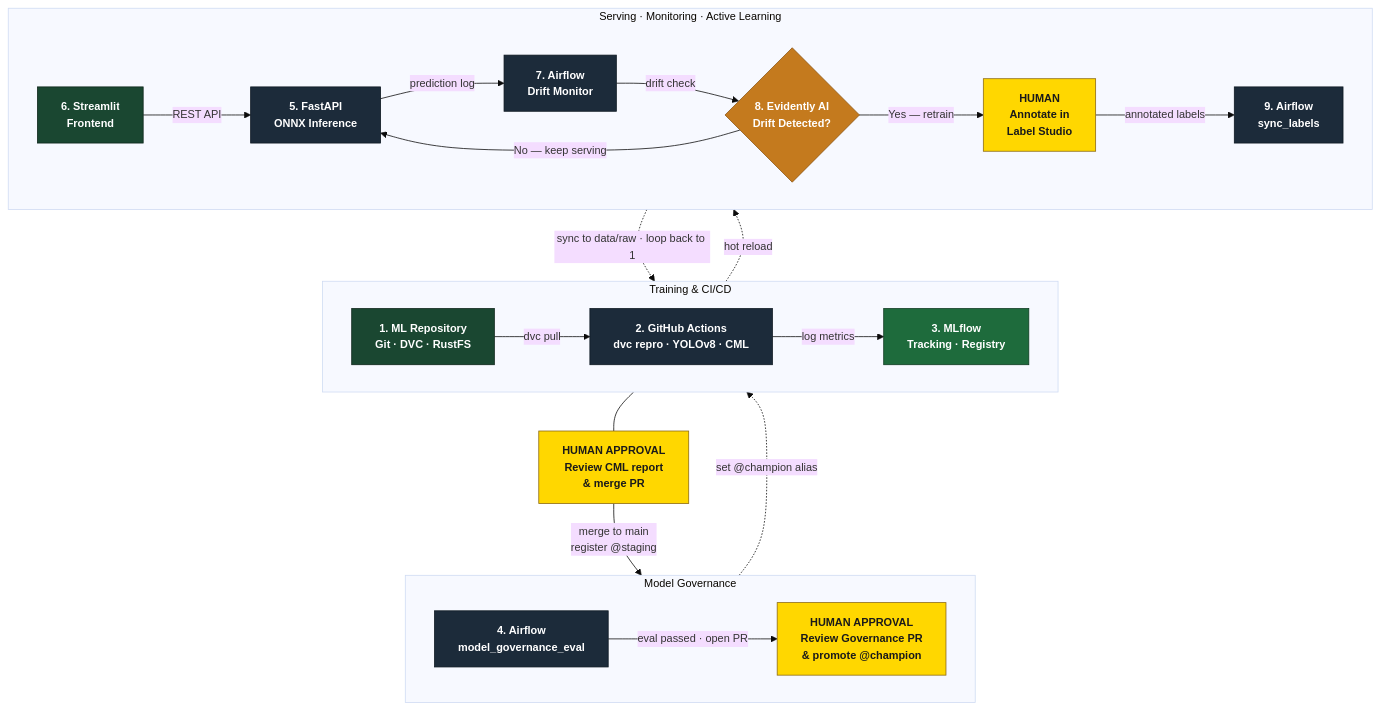
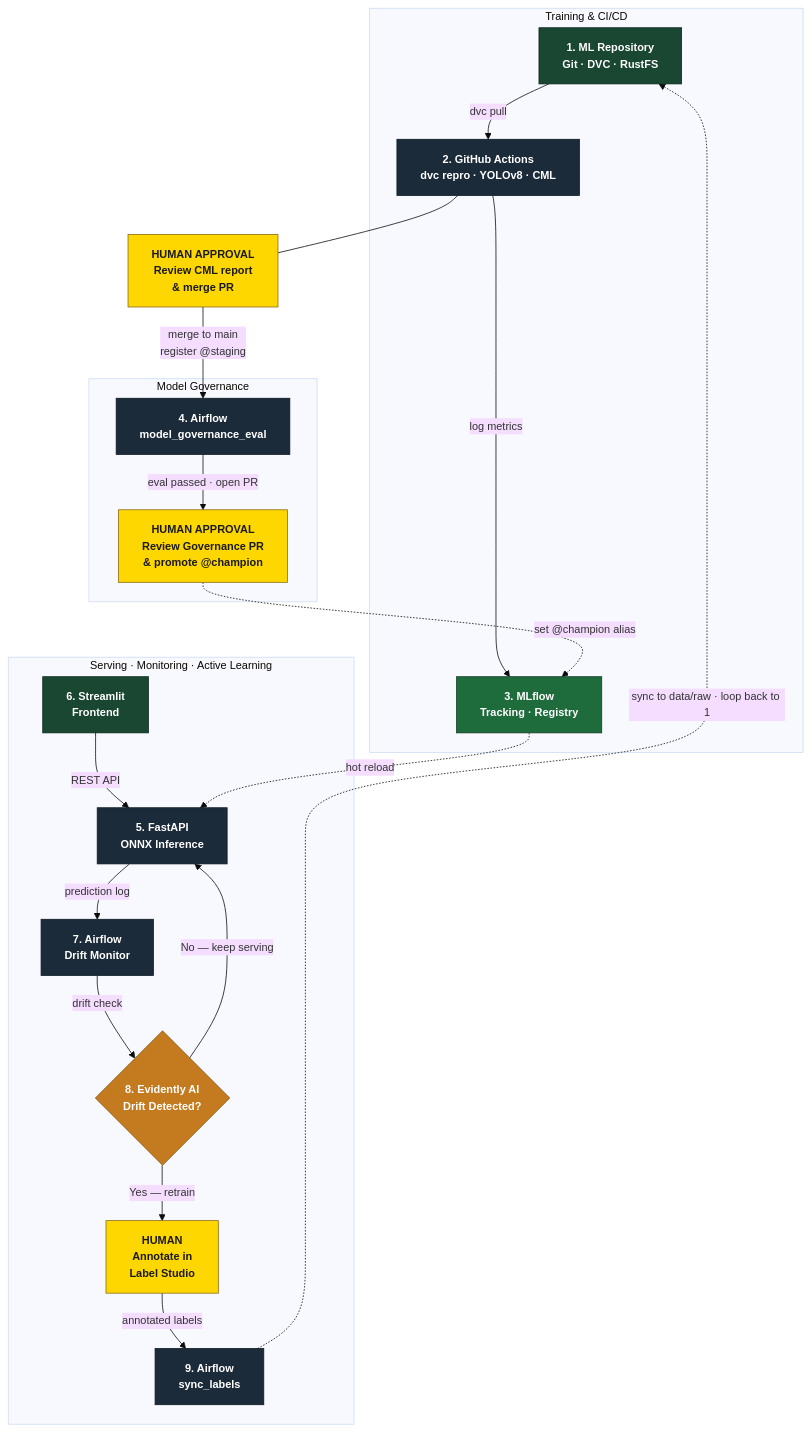
One commit to vkas-chaurasia/pcb-defect-mlops-flywheel changed the diagram in README.md. Above: the diagram before and after it, drawn with Mermaid. The commit also changed 1 other file, not shown here.

Commit message:
fix: remove direction LR from subgraphs to restore cross-subgraph link rendering
GitHub Mermaid renderer drops cross-subgraph arrows when subgraphs use
direction overrides. Removing direction LR fixes all inter-subgraph links.

````diff
--- a/README.md
+++ b/README.md
@@ -30,49 +30,46 @@
 ```mermaid
 %%{init: {'theme': 'base', 'themeVariables': {'fontSize': '14px'}}}%%
 graph TB
     classDef infra    fill:#1C2B3A,stroke:#0d1821,color:#fff,font-weight:bold
     classDef mltools  fill:#1A4731,stroke:#0d2419,color:#fff,font-weight:bold
     classDef registry fill:#1E6B3C,stroke:#0f3a21,color:#fff,font-weight:bold
     classDef decision fill:#C47A1E,stroke:#8B5615,color:#fff,font-weight:bold
     classDef human    fill:#FFD700,stroke:#8B6914,color:#1a1a1a,font-weight:bold
 
     subgraph TRAIN["  Training & CI/CD  "]
-        direction LR
         n1["1. ML Repository\nGit · DVC · RustFS"]:::mltools
         n2["2. GitHub Actions\ndvc repro · YOLOv8 · CML"]:::infra
         n3["3. MLflow\nTracking · Registry"]:::registry
         n1 -->|dvc pull| n2
         n2 -->|log metrics| n3
     end
 
     subgraph GOV["  Model Governance  "]
-        direction LR
         n4["4. Airflow\nmodel_governance_eval"]:::infra
         H_GOV["HUMAN APPROVAL\nReview Governance PR\n& promote @champion"]:::human
         n4 -->|"eval passed · open PR"| H_GOV
     end
 
     subgraph SERVE["  Serving · Monitoring · Active Learning  "]
-        direction LR
         n5["5. FastAPI\nONNX Inference"]:::infra
         n6["6. Streamlit\nFrontend"]:::mltools
         n7["7. Airflow\nDrift Monitor"]:::infra
         n8{"8. Evidently AI\nDrift Detected?"}:::decision
         H_ANNOT["HUMAN\nAnnotate in\nLabel Studio"]:::human
         n9["9. Airflow\nsync_labels"]:::infra
         n6 -->|REST API| n5
         n5 -->|prediction log| n7
         n7 -->|drift check| n8
         n8 -->|"Yes — retrain"| H_ANNOT
         n8 -->|"No — keep serving"| n5
         H_ANNOT -->|annotated labels| n9
     end
 
     H_PR["HUMAN APPROVAL\nReview CML report\n& merge PR"]:::human
 
     n2 --- H_PR
     H_PR -->|"merge to main\nregister @staging"| n4
     H_GOV -.->|set @champion alias| n3
     n3 -.->|hot reload| n5
     n9 -.->|sync to data/raw · loop back to 1| n1
 ```
````
